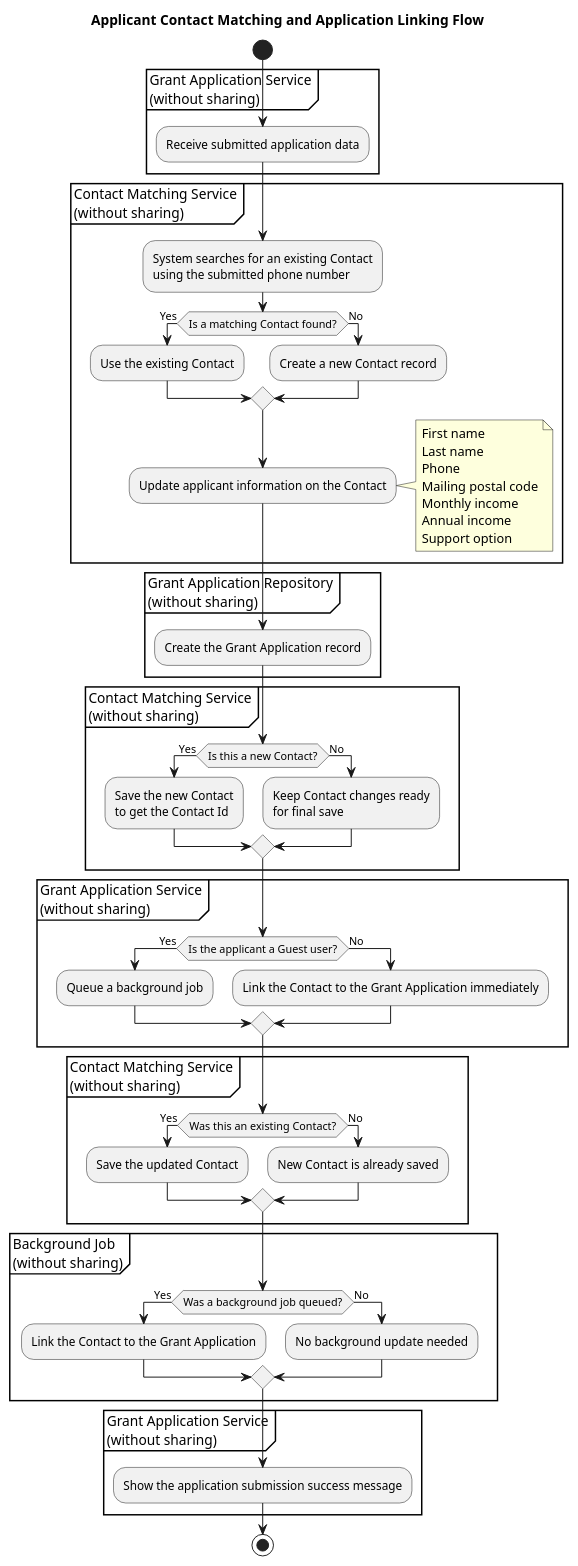
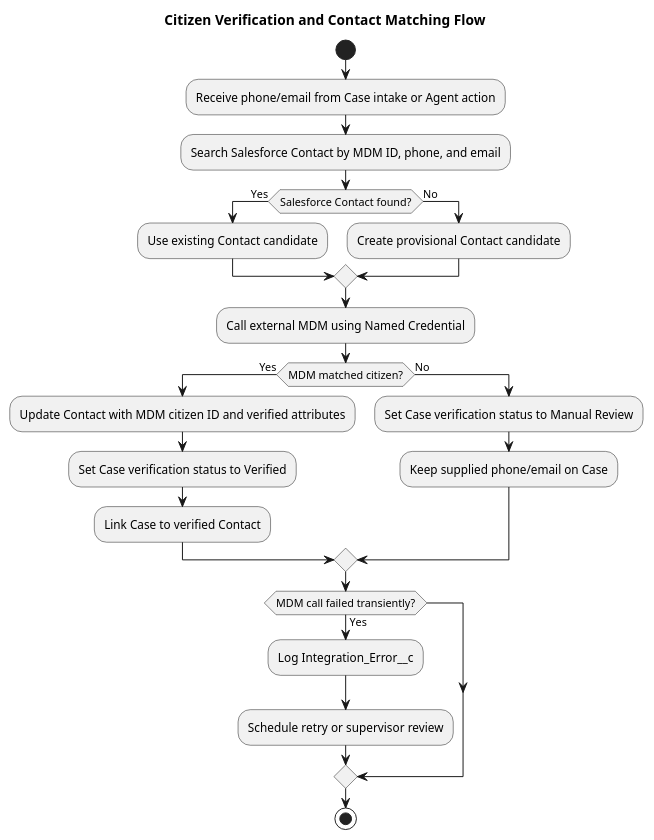
One commit to jimmytobing/virtusa changed the diagram in puml task1/3.9 Contact Matching Flow.puml. Above: the diagram before and after it, drawn with PlantUML. The commit also changed 31 other files, not shown here.

```diff
--- a/puml task1/3.9 Contact Matching Flow.puml
+++ b/puml task1/3.9 Contact Matching Flow.puml
@@ -1,74 +1,32 @@
 @startuml
-
-title Applicant Contact Matching and Application Linking Flow
+title Citizen Verification and Contact Matching Flow
 
 start
 
-partition "Grant Application Service\n(without sharing)" {
-    :Receive submitted application data;
-}
+:Receive phone/email from Case intake or Agent action;
+:Search Salesforce Contact by MDM ID, phone, and email;
 
-partition "Contact Matching Service\n(without sharing)" {
-    :System searches for an existing Contact\nusing the submitted phone number;
+if (Salesforce Contact found?) then (Yes)
+  :Use existing Contact candidate;
+else (No)
+  :Create provisional Contact candidate;
+endif
 
-    if (Is a matching Contact found?) then (Yes)
-        :Use the existing Contact;
-    else (No)
-        :Create a new Contact record;
-    endif
+:Call external MDM using Named Credential;
 
-    :Update applicant information on the Contact;
-    note right
-        First name
-        Last name
-        Phone
-        Mailing postal code
-        Monthly income
-        Annual income
-        Support option
-    end note
-}
+if (MDM matched citizen?) then (Yes)
+  :Update Contact with MDM citizen ID and verified attributes;
+  :Set Case verification status to Verified;
+  :Link Case to verified Contact;
+else (No)
+  :Set Case verification status to Manual Review;
+  :Keep supplied phone/email on Case;
+endif
 
-partition "Grant Application Repository\n(without sharing)" {
-    :Create the Grant Application record;
-}
-
-partition "Contact Matching Service\n(without sharing)" {
-    if (Is this a new Contact?) then (Yes)
-        :Save the new Contact\nto get the Contact Id;
-    else (No)
-        :Keep Contact changes ready\nfor final save;
-    endif
-}
-
-partition "Grant Application Service\n(without sharing)" {
-    if (Is the applicant a Guest user?) then (Yes)
-        :Queue a background job;
-    else (No)
-        :Link the Contact to the Grant Application immediately;
-    endif
-}
-
-partition "Contact Matching Service\n(without sharing)" {
-    if (Was this an existing Contact?) then (Yes)
-        :Save the updated Contact;
-    else (No)
-        :New Contact is already saved;
-    endif
-}
-
-partition "Background Job\n(without sharing)" {
-    if (Was a background job queued?) then (Yes)
-        :Link the Contact to the Grant Application;
-    else (No)
-        :No background update needed;
-    endif
-}
-
-partition "Grant Application Service\n(without sharing)" {
-    :Show the application submission success message;
-}
+if (MDM call failed transiently?) then (Yes)
+  :Log Integration_Error__c;
+  :Schedule retry or supervisor review;
+endif
 
 stop
-
 @enduml
```
